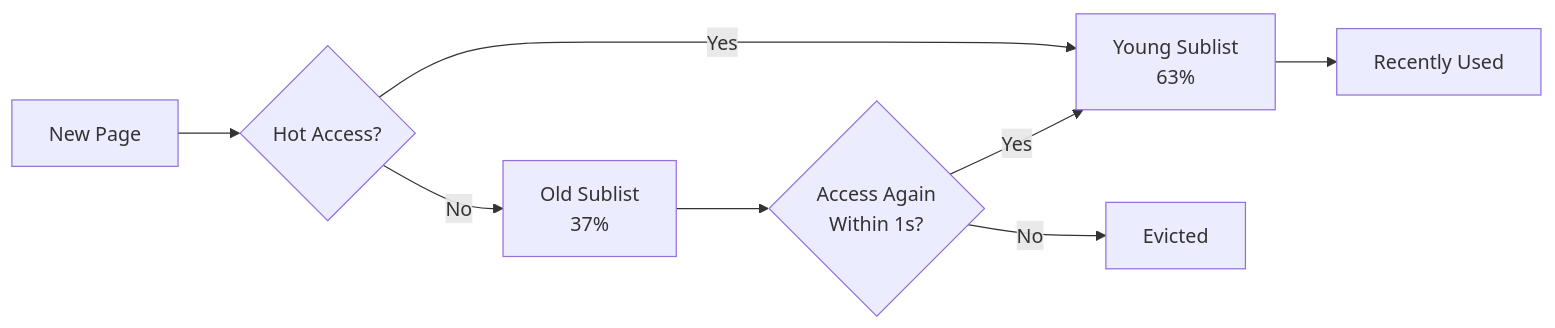
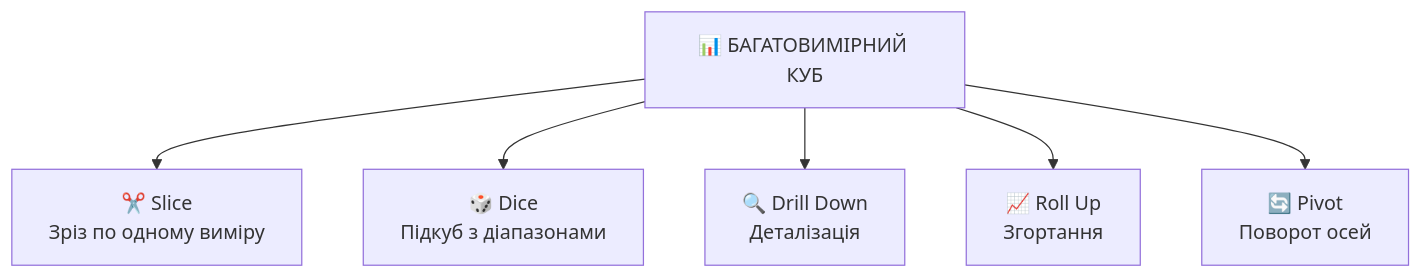
One commit to olroi421/course-bd changed diagram 13 of 14 in presentations/presentation-02.md. Above: the diagram before and after it, drawn with Mermaid. The commit also changed other lines of this file and 7 other files, not shown here.

````diff
--- a/presentations/presentation-02.md
+++ b/presentations/presentation-02.md
@@ -518,11 +425,8 @@
 ```mermaid
-graph LR
-    A[New Page] --> B{Hot Access?}
-    B -->|Yes| C[Young Sublist<br/>63%]
-    B -->|No| D[Old Sublist<br/>37%]
-
-    C --> E[Recently Used]
-    D --> F{Access Again<br/>Within 1s?}
-    F -->|Yes| C
-    F -->|No| G[Evicted]
+graph TD
+    A[📊 БАГАТОВИМІРНИЙ КУБ] --> B[✂️ Slice<br/>Зріз по одному виміру]
+    A --> C[🎲 Dice<br/>Підкуб з діапазонами]
+    A --> D[🔍 Drill Down<br/>Деталізація]
+    A --> E[📈 Roll Up<br/>Згортання]
+    A --> F[🔄 Pivot<br/>Поворот осей]
 ```
````
